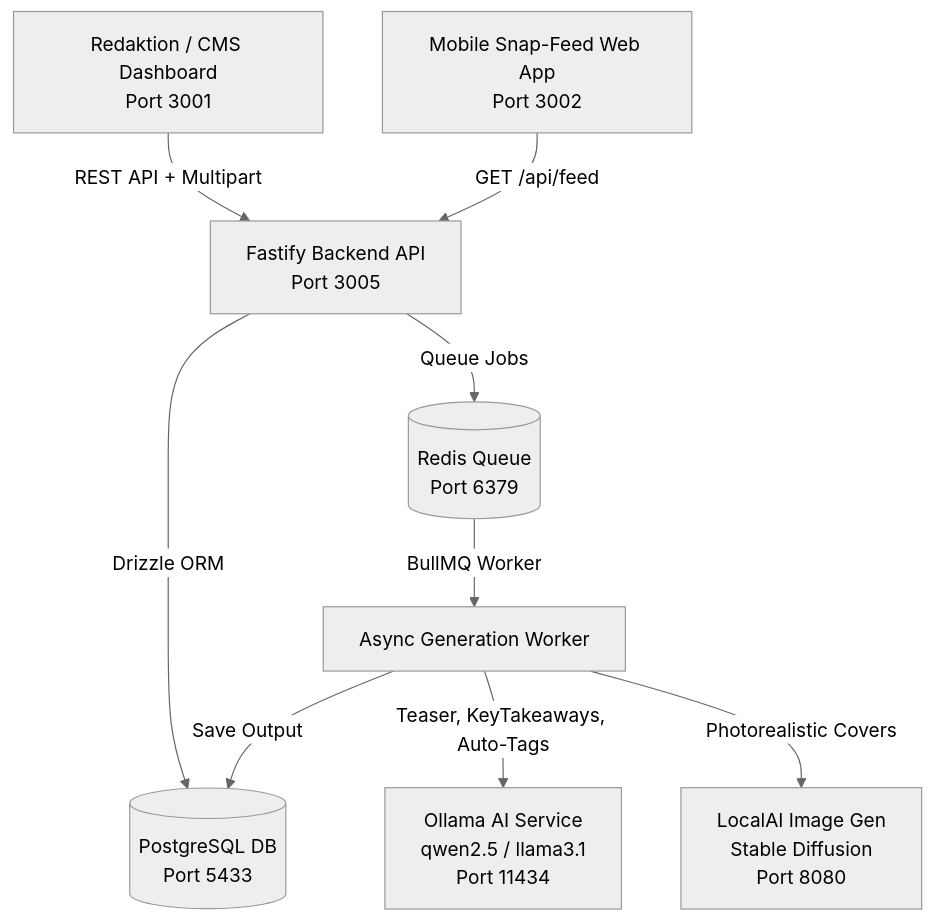
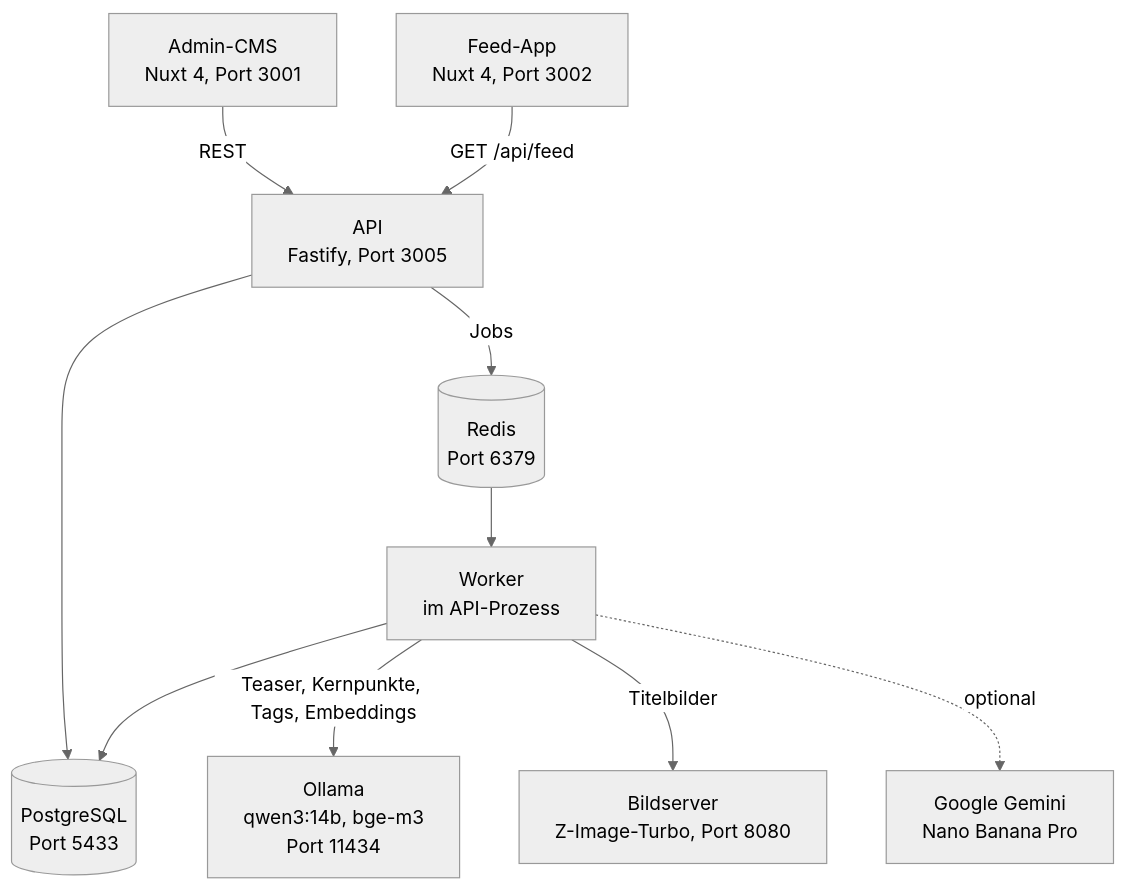
One commit to dwindischbauer/wb-newsfeed changed the diagram in README.md. Above: the diagram before and after it, drawn with Mermaid (neutral theme). The commit also changed other lines of this file and 4 other files, not shown here.

Commit message:
docs: rewrite readme and architecture

````diff
--- a/README.md
+++ b/README.md
@@ -21,11 +20,12 @@
 ```mermaid
 graph TD
-    A[Redaktion / CMS Dashboard\nPort 3001] -->|REST API + Multipart| B[Fastify Backend API\nPort 3005]
-    C[Mobile Snap-Feed Web App\nPort 3002] -->|GET /api/feed| B
-    B -->|Drizzle ORM| D[(PostgreSQL DB\nPort 5433)]
-    B -->|Queue Jobs| E[(Redis Queue\nPort 6379)]
-    E -->|BullMQ Worker| F[Async Generation Worker]
-    F -->|Teaser, KeyTakeaways, Auto-Tags| G[Ollama AI Service\nqwen2.5 / llama3.1\nPort 11434]
-    F -->|Photorealistic Covers| H[LocalAI Image Gen\nStable Diffusion\nPort 8080]
-    F -->|Save Output| D
+    A[Admin-CMS<br/>Nuxt 4, Port 3001] -->|REST| B[API<br/>Fastify, Port 3005]
+    C[Feed-App<br/>Nuxt 4, Port 3002] -->|GET /api/feed| B
+    B --> D[(PostgreSQL<br/>Port 5433)]
+    B -->|Jobs| E[(Redis<br/>Port 6379)]
+    E --> F[Worker<br/>im API-Prozess]
+    F -->|Teaser, Kernpunkte, Tags, Embeddings| G[Ollama<br/>qwen3:14b, bge-m3<br/>Port 11434]
+    F -->|Titelbilder| H[Bildserver<br/>Z-Image-Turbo, Port 8080]
+    F -.->|optional| I[Google Gemini<br/>Nano Banana Pro]
+    F --> D
 ```
````
